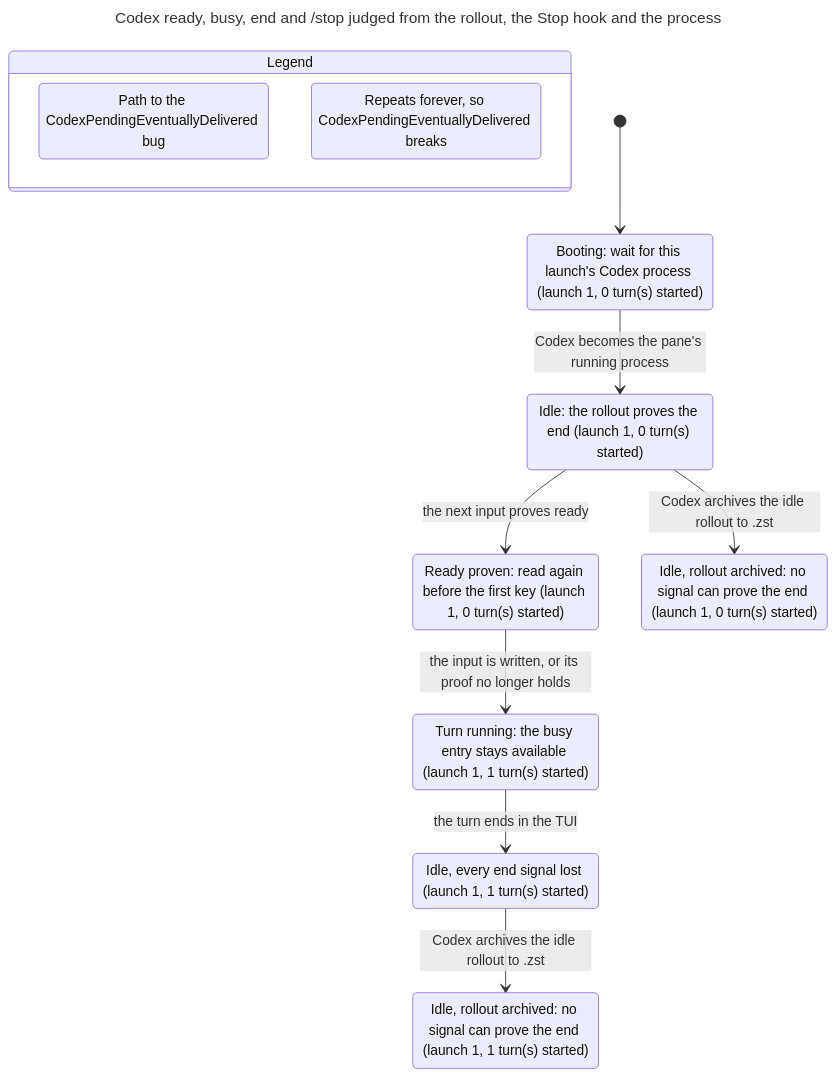
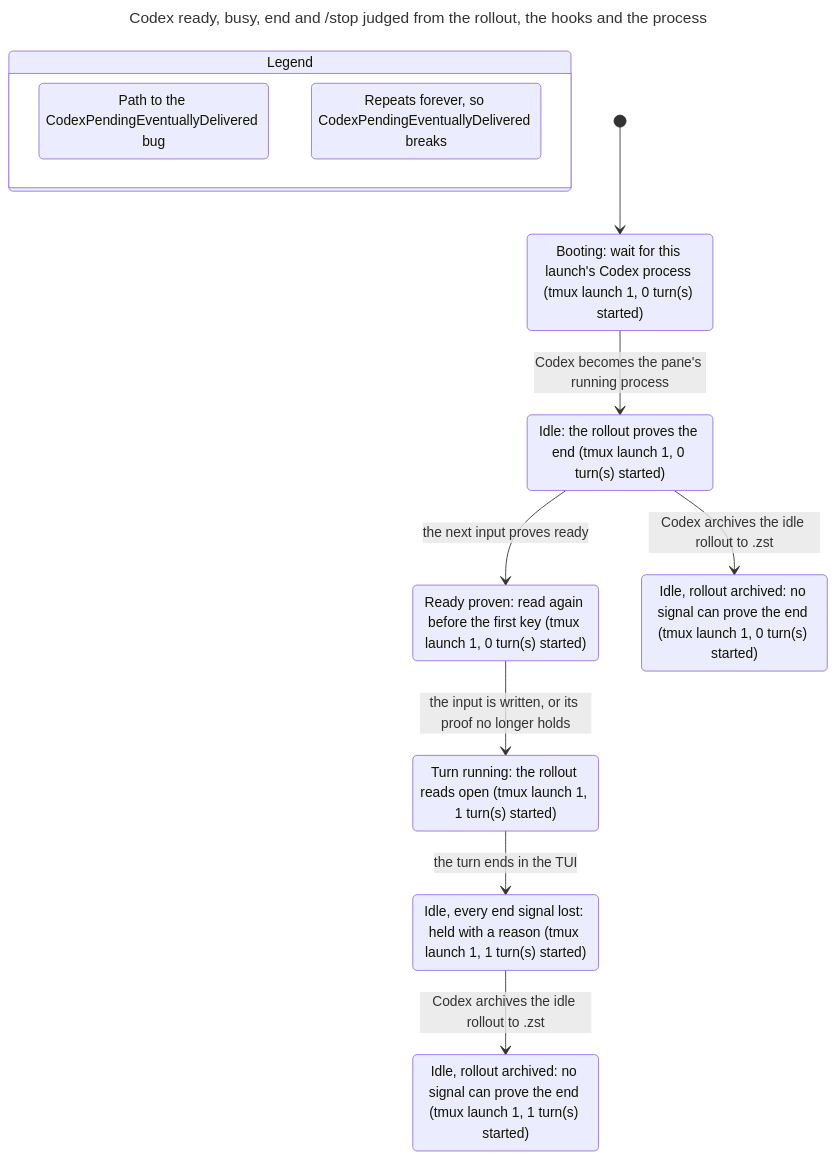
The diagram in docs/statecharts/input-single-path/codex-readiness.no-fallback.chart.mmd (itismyfield/AgentDesk), drawn with Mermaid before and after one commit. The commit also changed 60 other files, not shown here.

First line of the commit message:
docs(design): put the tmux timeout replacement, the Enter window and the post-Enter checks into the Codex readiness design (#8082 d2)

```diff
--- a/docs/statecharts/input-single-path/codex-readiness.no-fallback.chart.mmd
+++ b/docs/statecharts/input-single-path/codex-readiness.no-fallback.chart.mmd
@@ -1,27 +1,27 @@
 ---
-title: "Codex ready, busy, end and /stop judged from the rollout, the Stop hook and the process"
+title: "Codex ready, busy, end and /stop judged from the rollout, the hooks and the process"
 ---
 stateDiagram-v2
   state "Legend" as legend {
     lg0: Path to the CodexPendingEventuallyDelivered bug
     lg1: Repeats forever, so CodexPendingEventuallyDelivered breaks
   }
   class lg0 bugPath
   class lg1 repeats
-  s0: Booting: wait for this launch's Codex process (launch 1, 0 turn(s) started)
-  s1: Idle: the rollout proves the end (launch 1, 0 turn(s) started)
-  s2: Ready proven: read again before the first key (launch 1, 0 turn(s) started)
-  s3: Idle, rollout archived: no signal can prove the end (launch 1, 0 turn(s) started)
-  s4: Turn running: the busy entry stays available (launch 1, 1 turn(s) started)
-  s5: Idle, every end signal lost (launch 1, 1 turn(s) started)
-  s6: Idle, rollout archived: no signal can prove the end (launch 1, 1 turn(s) started)
+  s0: Booting: wait for this launch's Codex process (tmux launch 1, 0 turn(s) started)
+  s1: Idle: the rollout proves the end (tmux launch 1, 0 turn(s) started)
+  s2: Ready proven: read again before the first key (tmux launch 1, 0 turn(s) started)
+  s3: Idle, rollout archived: no signal can prove the end (tmux launch 1, 0 turn(s) started)
+  s4: Turn running: the rollout reads open (tmux launch 1, 1 turn(s) started)
+  s5: Idle, every end signal lost: held with a reason (tmux launch 1, 1 turn(s) started)
+  s6: Idle, rollout archived: no signal can prove the end (tmux launch 1, 1 turn(s) started)
   [*] --> s0
   s0 --> s1: Codex becomes the pane's running process
   s1 --> s2: the next input proves ready
   s1 --> s3: Codex archives the idle rollout to .zst
   s2 --> s4: the input is written, or its proof no longer holds
   s4 --> s5: the turn ends in the TUI
   s5 --> s6: Codex archives the idle rollout to .zst
   class s0 bugPath
   class s1 bugPath
   class s3 repeats
```
